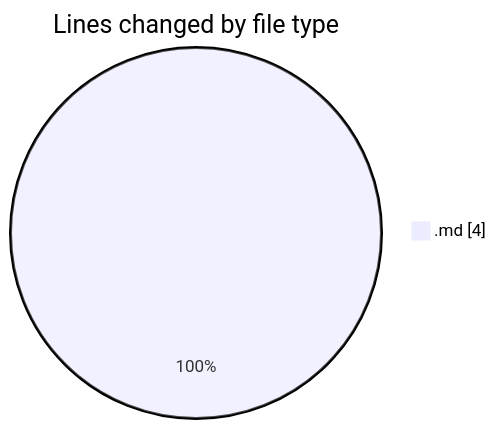
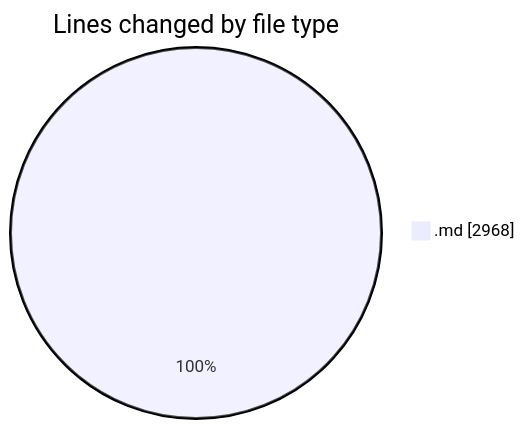
The first of 2 diagrams in 2025-07-17/urlwebwala_intership_work/README.md (Ritupan-Deka/code-tracking), drawn with Mermaid before and after one commit. The commit also changed other lines of this file and 1 other file, not shown here.

````diff
--- a/2025-07-17/urlwebwala_intership_work/README.md
+++ b/2025-07-17/urlwebwala_intership_work/README.md
@@ -20,5 +20,5 @@
 ```mermaid
 pie showData
 title Lines changed by file type
-".md" : 4
+".md" : 2968
 ```
````
